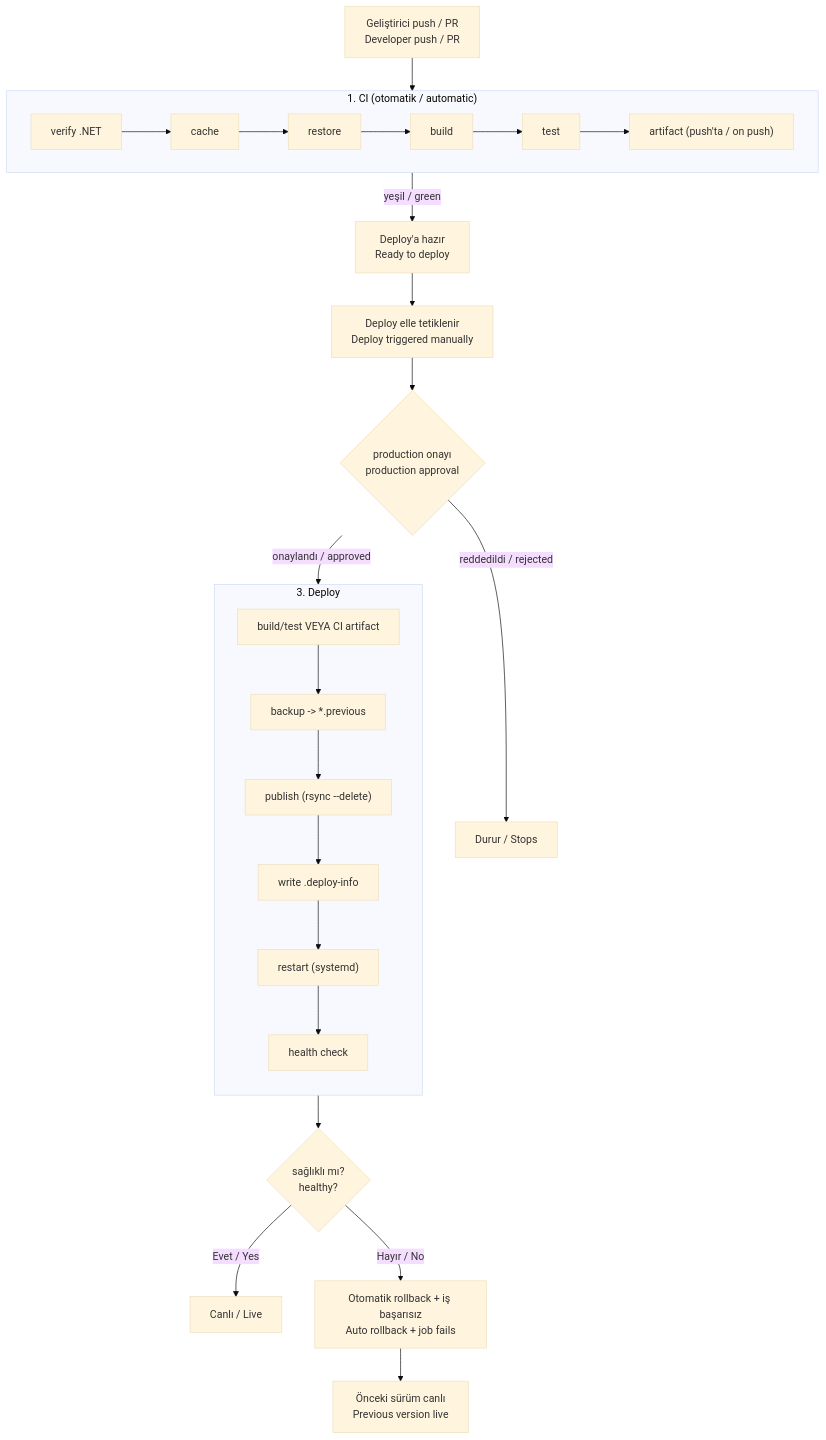
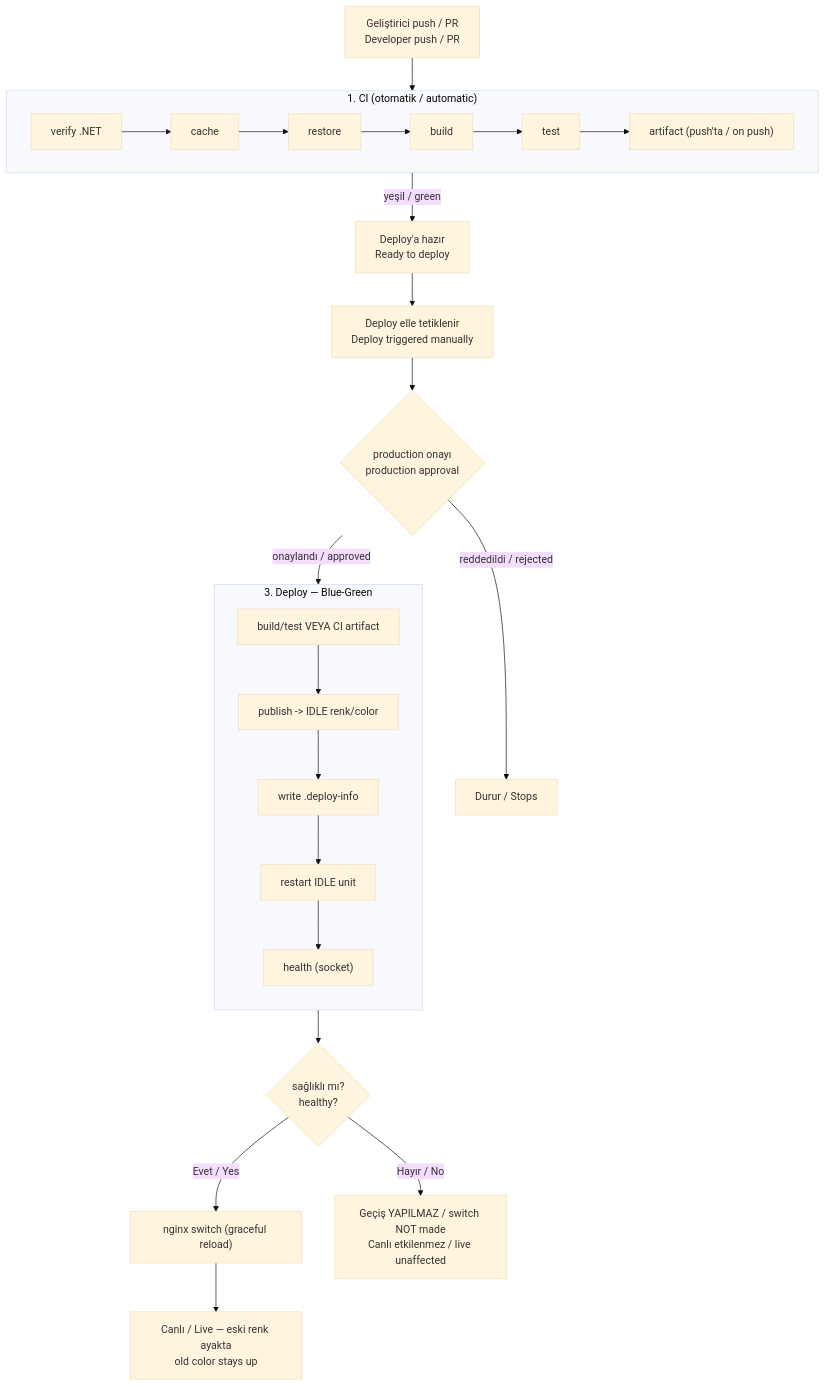
The first of 3 diagrams in README.md (Dedmoo/dotnet-cicd-template), drawn with Mermaid (base theme) before and after one commit. The commit also changed other lines of this file and 13 other files, not shown here.

First line of the commit message:
feat: blue-green zero-downtime deployment

````diff
--- a/README.md
+++ b/README.md
@@ -61,25 +61,25 @@
 ```mermaid
 flowchart TB
     DEV["Geliştirici push / PR<br/>Developer push / PR"] --> CI
 
     subgraph CI["1. CI (otomatik / automatic)"]
         direction LR
         C1["verify .NET"] --> C2["cache"] --> C3["restore"] --> C4["build"] --> C5["test"] --> C6["artifact (push'ta / on push)"]
     end
 
     CI -->|yeşil / green| READY["Deploy'a hazır<br/>Ready to deploy"]
     READY --> TRIG["Deploy elle tetiklenir<br/>Deploy triggered manually"]
     TRIG --> APPR{"production onayı<br/>production approval"}
     APPR -->|reddedildi / rejected| STOP["Durur / Stops"]
     APPR -->|onaylandı / approved| DEP
 
-    subgraph DEP["3. Deploy"]
+    subgraph DEP["3. Deploy — Blue-Green"]
         direction TB
-        D1["build/test VEYA CI artifact"] --> D2["backup -> *.previous"] --> D3["publish (rsync --delete)"] --> D4["write .deploy-info"] --> D5["restart (systemd)"] --> D6["health check"]
+        D1["build/test VEYA CI artifact"] --> D2["publish -> IDLE renk/color"] --> D3["write .deploy-info"] --> D4["restart IDLE unit"] --> D5["health (socket)"]
     end
 
-    D6 --> HC{"sağlıklı mı?<br/>healthy?"}
-    HC -->|Evet / Yes| LIVE["Canlı / Live"]
-    HC -->|Hayır / No| RB["Otomatik rollback + iş başarısız<br/>Auto rollback + job fails"]
-    RB --> PREV["Önceki sürüm canlı<br/>Previous version live"]
+    D5 --> HC{"sağlıklı mı?<br/>healthy?"}
+    HC -->|Evet / Yes| SW["nginx switch (graceful reload)"]
+    SW --> LIVE["Canlı / Live — eski renk ayakta<br/>old color stays up"]
+    HC -->|Hayır / No| NOP["Geçiş YAPILMAZ / switch NOT made<br/>Canlı etkilenmez / live unaffected"]
 ```
````
